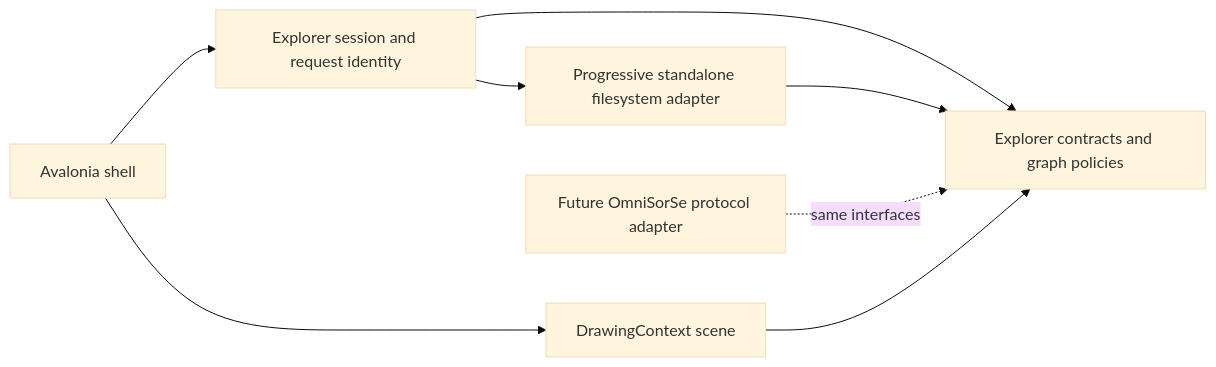
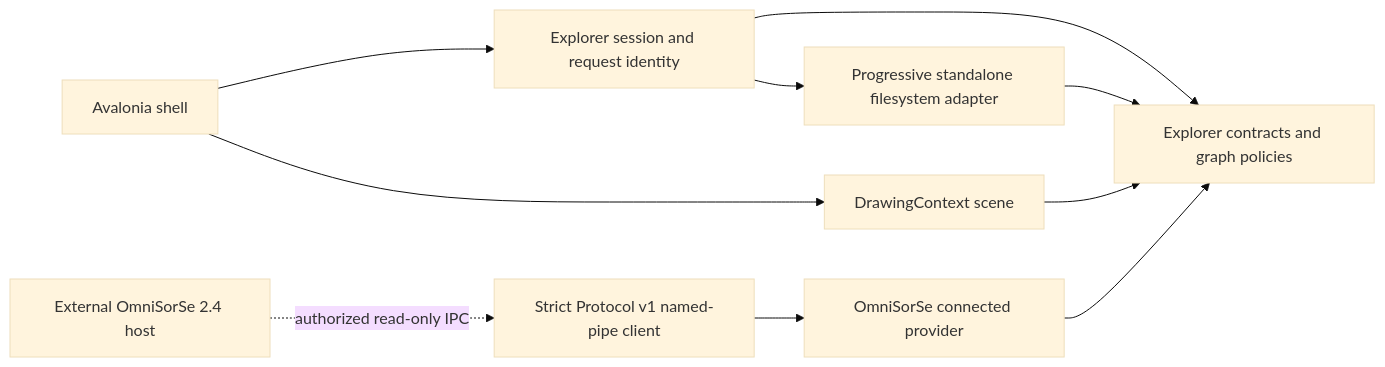
One commit to nishdel/OmniBrille changed the diagram in docs/architecture.md. Above: the diagram before and after it, drawn with Mermaid (base theme). The commit also changed other lines of this file and 10 other files, not shown here.

Commit message:
Harden connected mode and document Protocol v1

````diff
--- a/docs/architecture.md
+++ b/docs/architecture.md
@@ -9,10 +9,12 @@
 ```mermaid
 flowchart LR
     Shell[Avalonia shell] --> Session[Explorer session and request identity]
     Session --> Core[Explorer contracts and graph policies]
     Shell --> Renderer[DrawingContext scene]
     Renderer --> Core
     FS[Progressive standalone filesystem adapter] --> Core
     Session --> FS
-    Future[Future OmniSorSe protocol adapter] -. same interfaces .-> Core
+    Connected[OmniSorSe connected provider] --> Core
+    Client[Strict Protocol v1 named-pipe client] --> Connected
+    Host[External OmniSorSe 2.4 host] -. authorized read-only IPC .-> Client
 ```
````
